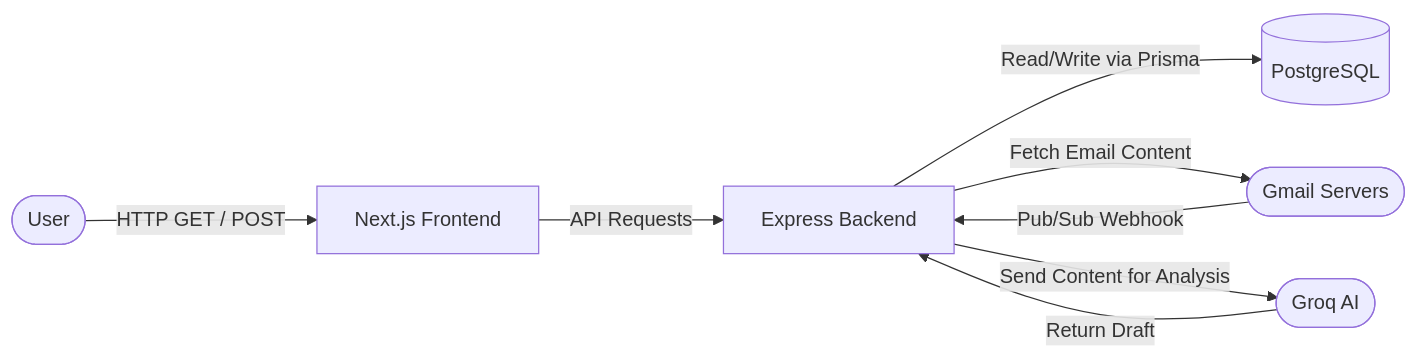
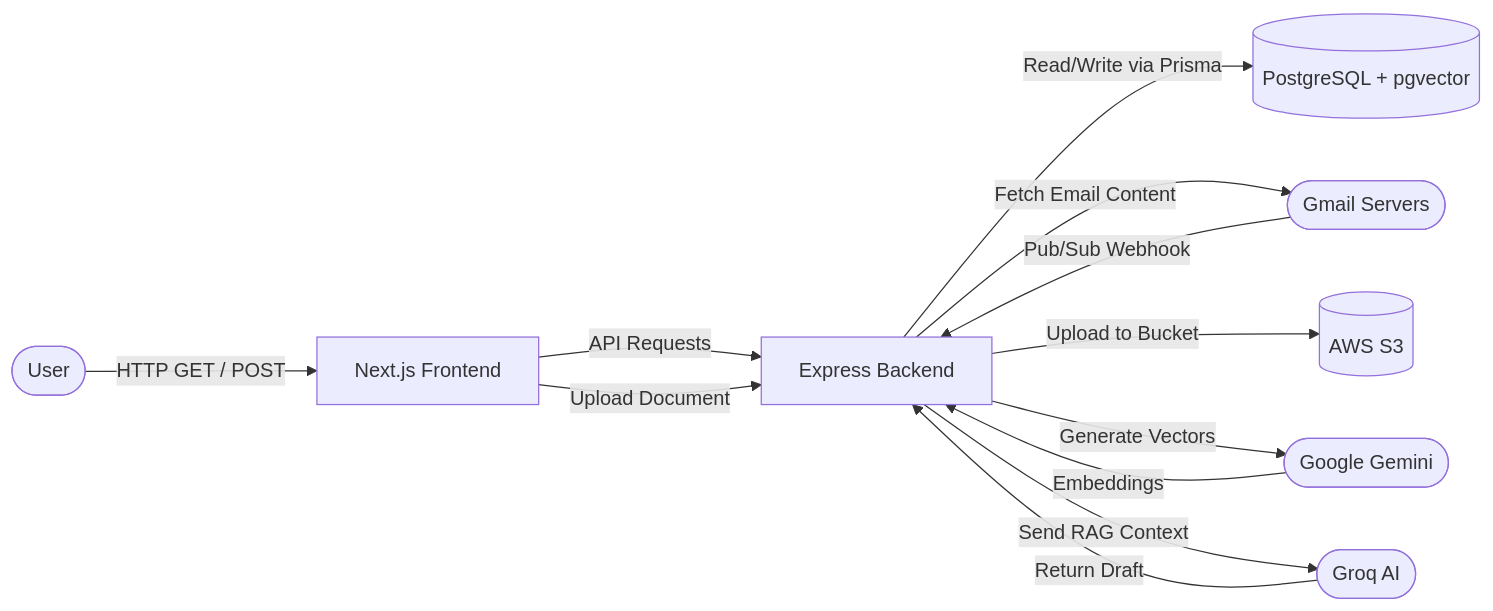
One commit to Lancerhawk/MailBot changed the third of 4 diagrams in README.md. Above: the diagram before and after it, drawn with Mermaid. The commit also changed other lines of this file and 43 other files, not shown here.

````diff
--- a/README.md
+++ b/README.md
@@ -102,10 +118,14 @@
 ```mermaid
 flowchart LR
     User([User]) -->|HTTP GET / POST| UI[Next.js Frontend]
     UI -->|API Requests| API[Express Backend]
     Gmail([Gmail Servers]) -->|Pub/Sub Webhook| API
-    API -->|Read/Write via Prisma| DB[(PostgreSQL)]
+    API -->|Read/Write via Prisma| DB[(PostgreSQL + pgvector)]
     API -->|Fetch Email Content| Gmail
-    API -->|Send Content for Analysis| LLM([Groq AI])
+    UI -->|Upload Document| API
+    API -->|Upload to Bucket| S3[(AWS S3)]
+    API -->|Generate Vectors| Gemini([Google Gemini])
+    Gemini -->|Embeddings| API
+    API -->|Send RAG Context| LLM([Groq AI])
     LLM -->|Return Draft| API
 ```
````
